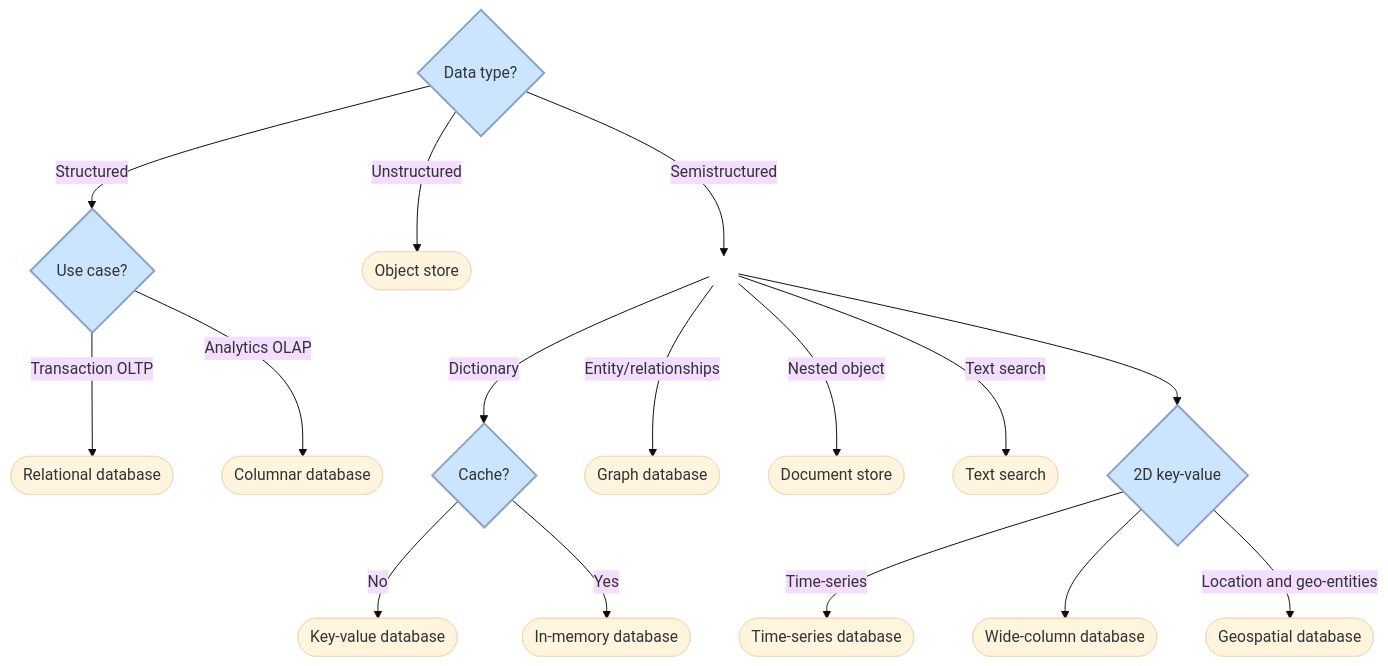
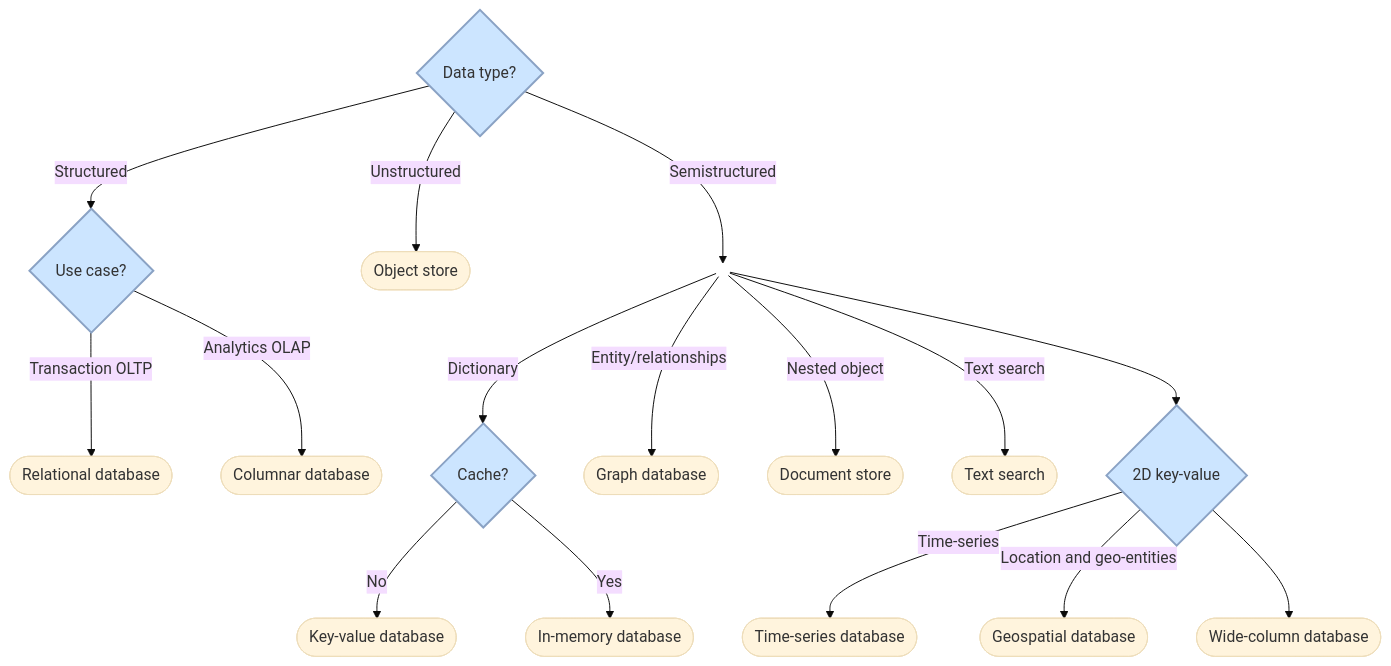
The diagram in content/2025-09-06-database-selection.md (zhu-weijie/my-static-blog), drawn with Mermaid (base theme) before and after one commit. The commit also changed 1 other file, not shown here.

Commit message:
Download the Latest Mermaid.js Library

````diff
--- a/content/2025-09-06-database-selection.md
+++ b/content/2025-09-06-database-selection.md
@@ -12,37 +12,51 @@
 ```mermaid
 graph TD
-    %% Define Node Shapes
+    %% Define Node Shapes & Styles
     style DataType fill:#cce5ff,stroke:#8aa2c4,stroke-width:2px
     style UseCase fill:#cce5ff,stroke:#8aa2c4,stroke-width:2px
     style Cache fill:#cce5ff,stroke:#8aa2c4,stroke-width:2px
     style TwoDKeyValue fill:#cce5ff,stroke:#8aa2c4,stroke-width:2px
     
-    %% Start Node
+    %% Define Nodes
     DataType{Data type?}
+    UseCase{Use case?}
+    ObjectStore([Object store])
+    RelationalDB([Relational database])
+    ColumnarDB([Columnar database])
+    
+    %% Properly define the invisible node before linking from it
+    InvisibleNode(( ))
+    style InvisibleNode stroke:none,fill:none
+    
+    Cache{Cache?}
+    KeyValueDB([Key-value database])
+    InMemoryDB([In-memory database])
+    GraphDB([Graph database])
+    DocumentStore([Document store])
+    TextSearch([Text search])
+    TwoDKeyValue{2D key-value}
+    TimeSeriesDB([Time-series database])
+    WideColumnDB([Wide-column database])
+    GeospatialDB([Geospatial database])
 
-    %% Top-Level Branches
-    DataType -- Structured --> UseCase{Use case?}
-    DataType -- Unstructured --> ObjectStore([Object store])
+    %% Define Links
+    DataType -- Structured --> UseCase
+    DataType -- Unstructured --> ObjectStore
+    DataType -- Semistructured --> InvisibleNode
+
+    UseCase -- "Transaction OLTP" --> RelationalDB
+    UseCase -- "Analytics OLAP" --> ColumnarDB
+
+    InvisibleNode -- Dictionary --> Cache
+    InvisibleNode -- "Entity/relationships" --> GraphDB
+    InvisibleNode -- "Nested object" --> DocumentStore
+    InvisibleNode -- "Text search" --> TextSearch
+    InvisibleNode --> TwoDKeyValue
+
+    Cache -- No --> KeyValueDB
+    Cache -- Yes --> InMemoryDB
     
-    %% Path for Structured Data
-    UseCase -- Transaction OLTP --> RelationalDB([Relational database])
-    UseCase -- Analytics OLAP --> ColumnarDB([Columnar database])
-
-    %% Path for Semistructured Data
-    %% An invisible node is used to help layout the multiple forks from the "Semistructured" path
-    DataType -- Semistructured --> InvisibleNode( )
-    style InvisibleNode stroke:none,fill:none
-
-    InvisibleNode -- Dictionary --> Cache{Cache?}
-    Cache -- No --> KeyValueDB([Key-value database])
-    Cache -- Yes --> InMemoryDB([In-memory database])
-    
-    InvisibleNode -- Entity/relationships --> GraphDB([Graph database])
-    InvisibleNode -- Nested object --> DocumentStore([Document store])
-    InvisibleNode -- Text search --> TextSearch([Text search])
-    InvisibleNode -- " " --> TwoDKeyValue{2D key-value}
-    
-    TwoDKeyValue -- Time-series --> TimeSeriesDB([Time-series database])
-    TwoDKeyValue -- " " --> WideColumnDB([Wide-column database])
-    TwoDKeyValue -- Location and geo-entities --> GeospatialDB([Geospatial database])
+    TwoDKeyValue -- "Time-series" --> TimeSeriesDB
+    TwoDKeyValue -- "Location and geo-entities" --> GeospatialDB
+    TwoDKeyValue --> WideColumnDB
 ```
````
